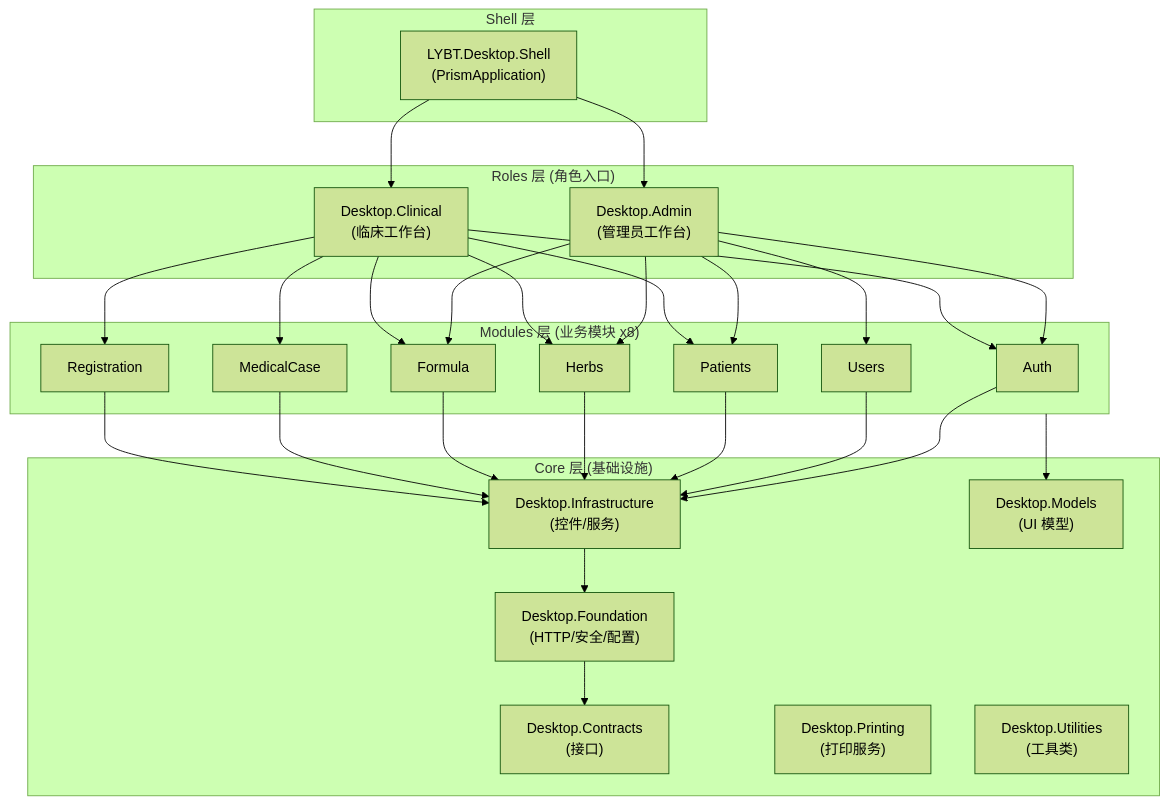
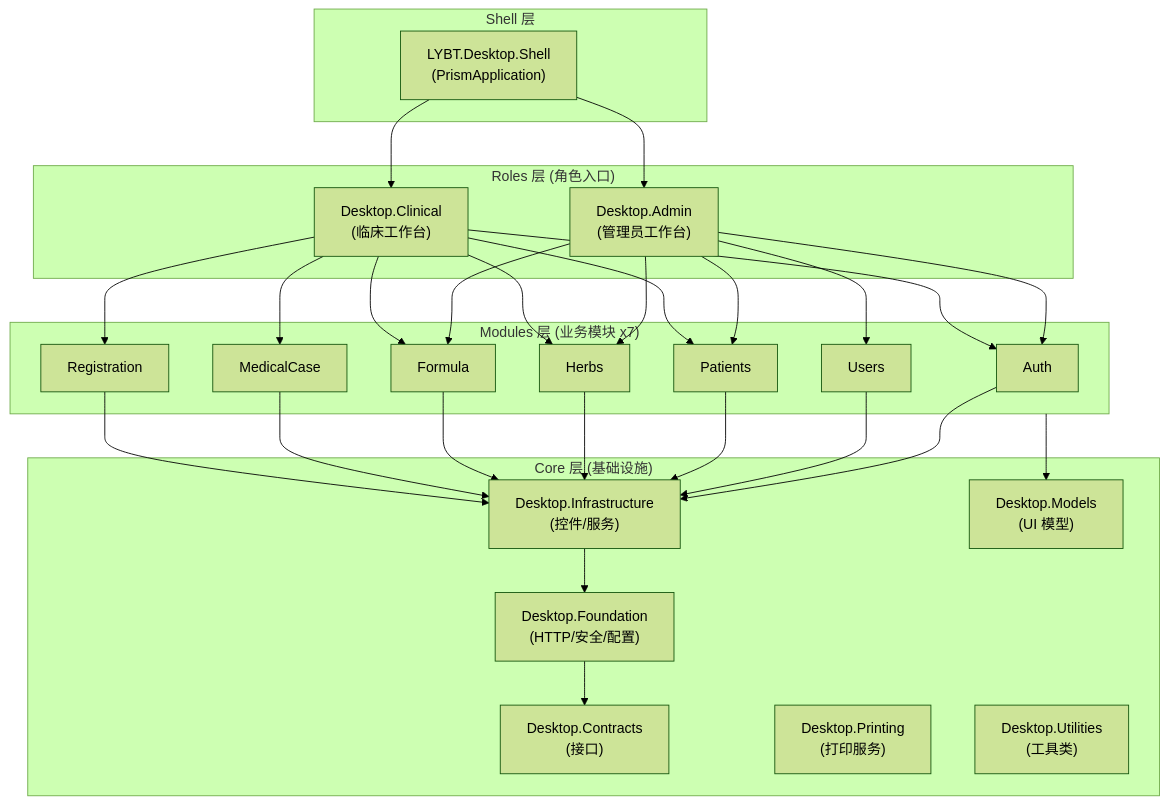
The diagram in docs/03-architecture/02-desktop.md (shouqitao/LYBTZYZS), drawn with Mermaid (forest theme) before and after one commit. The commit also changed other lines of this file, not shown here.

Commit message:
R8-P1: 修正 02-desktop.md 模块数量 x8→7, 7→6
- 架构图 Modules 层标注从 x8 修正为 x7
- 章节标题从 7 个业务模块修正为 6 个，与 L130 和模块清单对齐

````diff
--- a/docs/03-architecture/02-desktop.md
+++ b/docs/03-architecture/02-desktop.md
@@ -9,37 +9,37 @@
 ```mermaid
 graph TB
     subgraph Shell["Shell 层"]
         App["LYBT.Desktop.Shell<br>(PrismApplication)"]
     end
 
     subgraph Roles["Roles 层 (角色入口)"]
         Admin["Desktop.Admin<br>(管理员工作台)"]
         Clinical["Desktop.Clinical<br>(临床工作台)"]
     end
 
-    subgraph Modules["Modules 层 (业务模块 x8)"]
+    subgraph Modules["Modules 层 (业务模块 x7)"]
         M_Auth["Auth"]
         M_Users["Users"]
         M_Patients["Patients"]
         M_Herbs["Herbs"]
         M_Formula["Formula"]
         M_MC["MedicalCase"]
         M_Reg["Registration"]
     end
 
     subgraph Core["Core 层 (基础设施)"]
         Contracts["Desktop.Contracts<br>(接口)"]
         Foundation["Desktop.Foundation<br>(HTTP/安全/配置)"]
         Infrastructure["Desktop.Infrastructure<br>(控件/服务)"]
         Models["Desktop.Models<br>(UI 模型)"]
         Printing["Desktop.Printing<br>(打印服务)"]
         Utilities["Desktop.Utilities<br>(工具类)"]
     end
 
     App --> Admin & Clinical
     Admin --> M_Auth & M_Users & M_Patients & M_Herbs & M_Formula
     Clinical --> M_Auth & M_Patients & M_MC & M_Reg & M_Herbs & M_Formula
     M_Auth & M_Users & M_Patients & M_Herbs & M_Formula & M_MC & M_Reg --> Infrastructure
     Infrastructure --> Foundation --> Contracts
     Modules --> Models
 ```
````
